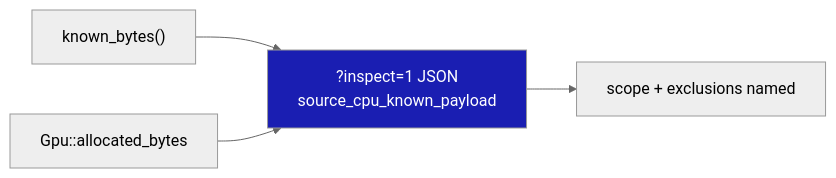
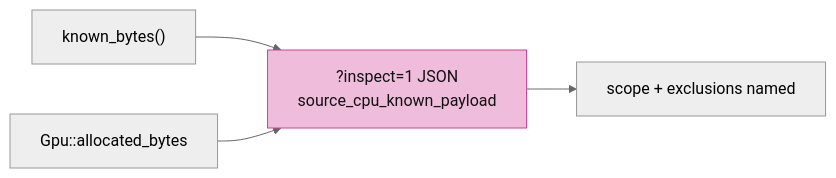
The fifth of 5 diagrams in session_viewer/docs/16-accounting.md (petrasvestartas/session), drawn with Mermaid (neutral theme) before and after one commit. The commit also changed other lines of this file and 23 other files, not shown here.

Commit message:
Course: Mermaid nodes white with black text, highlighted nodes pink, white arrows and edge labels on the black ground

````diff
--- a/session_viewer/docs/16-accounting.md
+++ b/session_viewer/docs/16-accounting.md
@@ -78,7 +78,7 @@
 ```mermaid
 flowchart LR
     K["known_bytes()"] --> J["?inspect=1 JSON<br/>source_cpu_known_payload"]
     G["Gpu::allocated_bytes"] --> J
     J --> X["scope + exclusions named"]
-    style J fill:#1a1eb2,color:#fff
+    style J fill:#f0bcdb,stroke:#ce4095,color:#111
 ```
````
